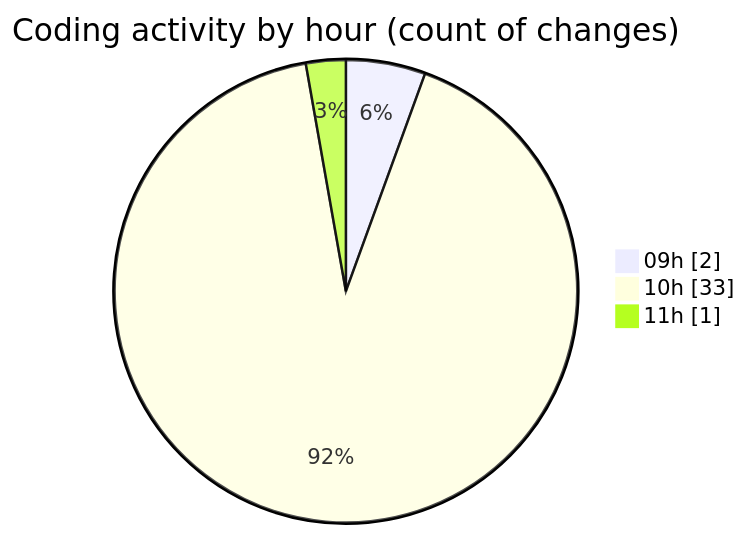
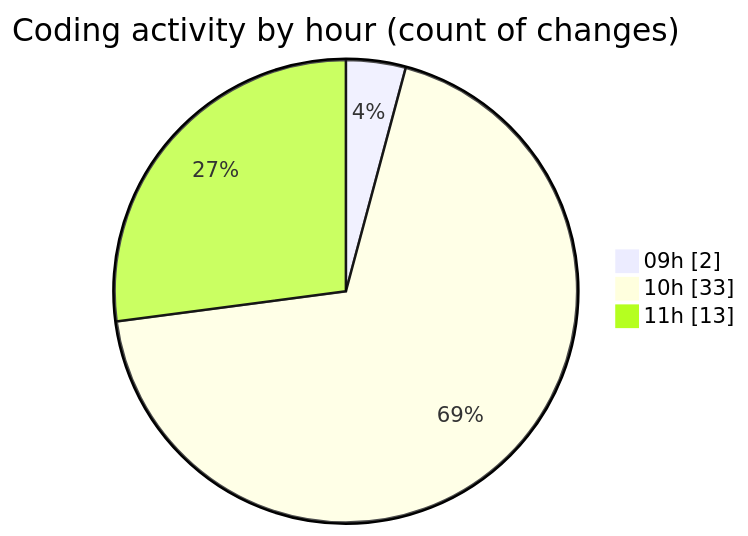
The second of 2 diagrams in 2025-08-12/cda/README.md (momahboobian/code-tracking), drawn with Mermaid before and after one commit. The commit also changed other lines of this file and 1 other file, not shown here.

````diff
--- a/2025-08-12/cda/README.md
+++ b/2025-08-12/cda/README.md
@@ -35,7 +49,7 @@
 ```mermaid
 pie showData
 title Coding activity by hour (count of changes)
 "09h" : 2
 "10h" : 33
-"11h" : 1
+"11h" : 13
 ```
````
